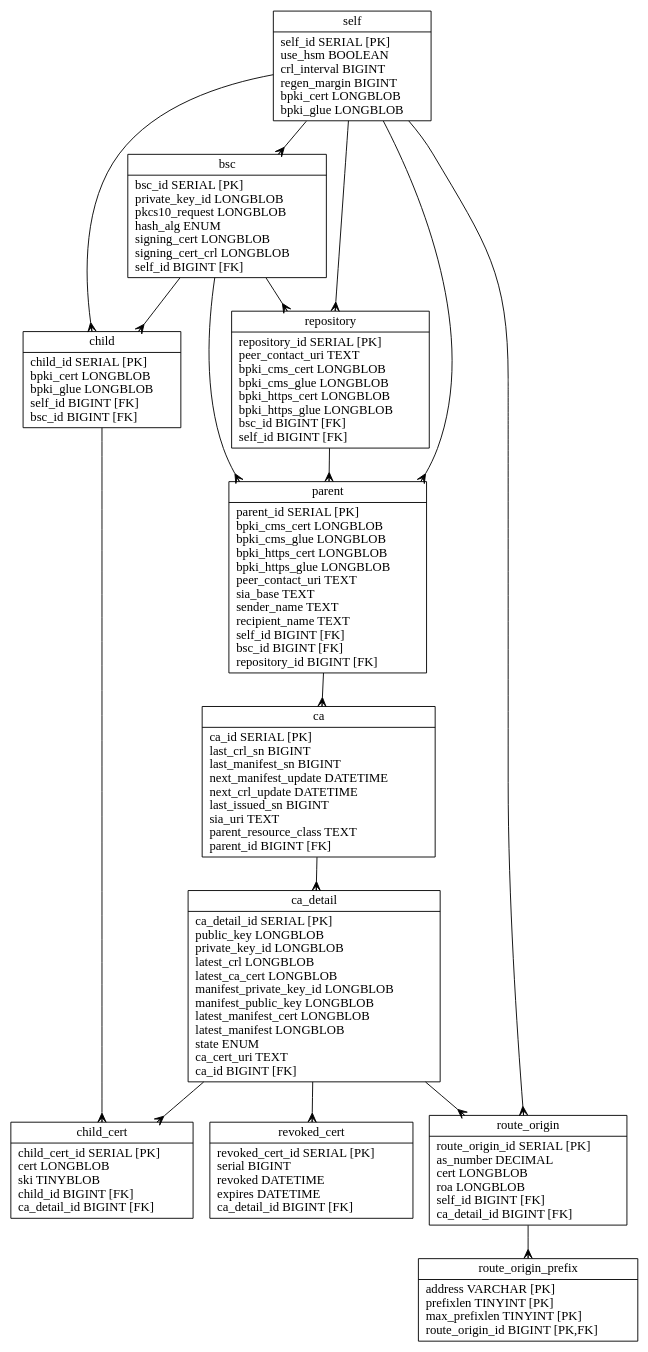
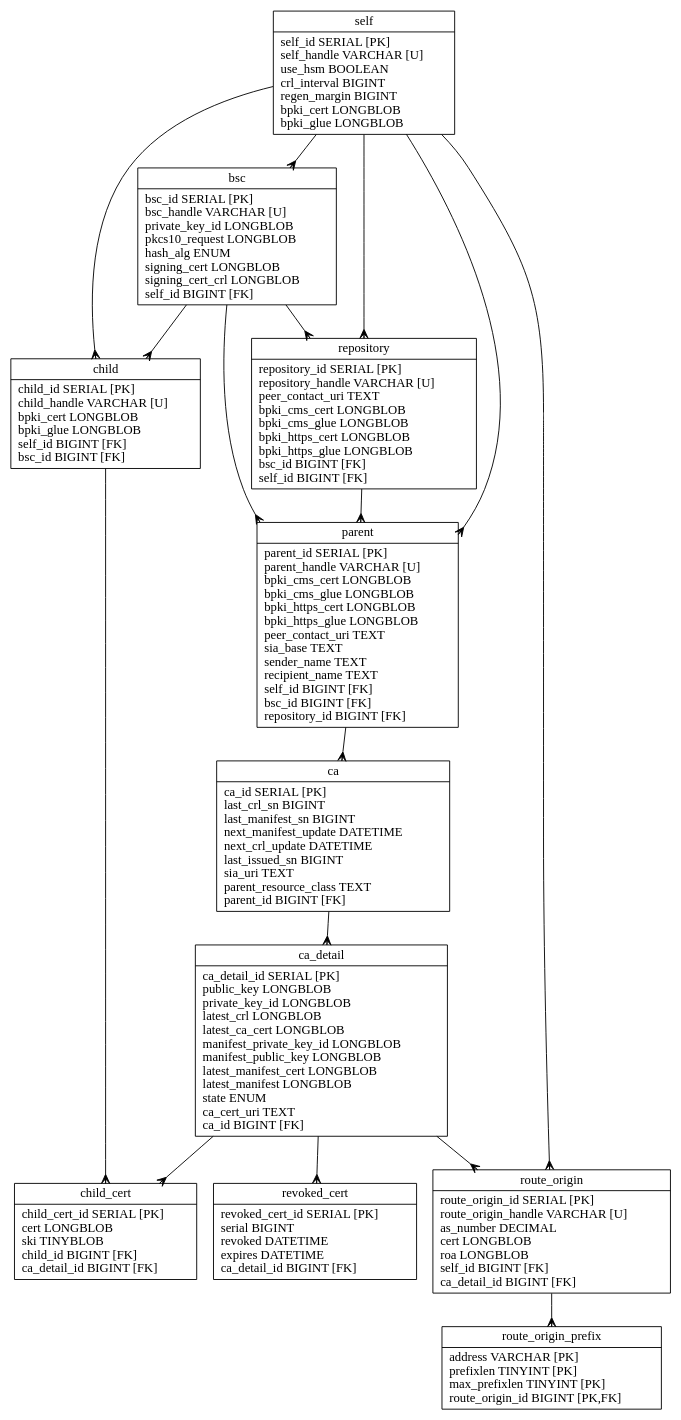
Before and after one commit to dragonresearch/rpki.net: the diagram in rpkid/doc/rpkid.dot, drawn with Graphviz. The commit also changed 21 other files, not shown here.

```diff
--- a/rpkid/doc/rpkid.dot
+++ b/rpkid/doc/rpkid.dot
@@ -1,34 +1,34 @@
 // Automatically generated from rpkid.sql
 
 digraph test {
 	edge [arrowtail=none, arrowhead=crow];
 	graph [ratio=fill, overlap=false, bgcolor=white];
 	node [label="\N", fillcolor=white, shape=record, style=filled];
-	self [label="{self\n|self_id\ SERIAL\ [PK]\luse_hsm\ BOOLEAN\lcrl_interval\ BIGINT\lregen_margin\ BIGINT\lbpki_cert\ LONGBLOB\lbpki_glue\ LONGBLOB\l}"];
-	bsc [label="{bsc\n|bsc_id\ SERIAL\ [PK]\lprivate_key_id\ LONGBLOB\lpkcs10_request\ LONGBLOB\lhash_alg\ ENUM\lsigning_cert\ LONGBLOB\lsigning_cert_crl\ LONGBLOB\lself_id\ BIGINT\ [FK]\l}"];
-	repository [label="{repository\n|repository_id\ SERIAL\ [PK]\lpeer_contact_uri\ TEXT\lbpki_cms_cert\ LONGBLOB\lbpki_cms_glue\ LONGBLOB\lbpki_https_cert\ LONGBLOB\lbpki_https_glue\ LONGBLOB\lbsc_id\ BIGINT\ [FK]\lself_id\ BIGINT\ [FK]\l}"];
-	parent [label="{parent\n|parent_id\ SERIAL\ [PK]\lbpki_cms_cert\ LONGBLOB\lbpki_cms_glue\ LONGBLOB\lbpki_https_cert\ LONGBLOB\lbpki_https_glue\ LONGBLOB\lpeer_contact_uri\ TEXT\lsia_base\ TEXT\lsender_name\ TEXT\lrecipient_name\ TEXT\lself_id\ BIGINT\ [FK]\lbsc_id\ BIGINT\ [FK]\lrepository_id\ BIGINT\ [FK]\l}"];
+	self [label="{self\n|self_id\ SERIAL\ [PK]\lself_handle\ VARCHAR\ [U]\luse_hsm\ BOOLEAN\lcrl_interval\ BIGINT\lregen_margin\ BIGINT\lbpki_cert\ LONGBLOB\lbpki_glue\ LONGBLOB\l}"];
+	bsc [label="{bsc\n|bsc_id\ SERIAL\ [PK]\lbsc_handle\ VARCHAR\ [U]\lprivate_key_id\ LONGBLOB\lpkcs10_request\ LONGBLOB\lhash_alg\ ENUM\lsigning_cert\ LONGBLOB\lsigning_cert_crl\ LONGBLOB\lself_id\ BIGINT\ [FK]\l}"];
+	repository [label="{repository\n|repository_id\ SERIAL\ [PK]\lrepository_handle\ VARCHAR\ [U]\lpeer_contact_uri\ TEXT\lbpki_cms_cert\ LONGBLOB\lbpki_cms_glue\ LONGBLOB\lbpki_https_cert\ LONGBLOB\lbpki_https_glue\ LONGBLOB\lbsc_id\ BIGINT\ [FK]\lself_id\ BIGINT\ [FK]\l}"];
+	parent [label="{parent\n|parent_id\ SERIAL\ [PK]\lparent_handle\ VARCHAR\ [U]\lbpki_cms_cert\ LONGBLOB\lbpki_cms_glue\ LONGBLOB\lbpki_https_cert\ LONGBLOB\lbpki_https_glue\ LONGBLOB\lpeer_contact_uri\ TEXT\lsia_base\ TEXT\lsender_name\ TEXT\lrecipient_name\ TEXT\lself_id\ BIGINT\ [FK]\lbsc_id\ BIGINT\ [FK]\lrepository_id\ BIGINT\ [FK]\l}"];
 	ca [label="{ca\n|ca_id\ SERIAL\ [PK]\llast_crl_sn\ BIGINT\llast_manifest_sn\ BIGINT\lnext_manifest_update\ DATETIME\lnext_crl_update\ DATETIME\llast_issued_sn\ BIGINT\lsia_uri\ TEXT\lparent_resource_class\ TEXT\lparent_id\ BIGINT\ [FK]\l}"];
 	ca_detail [label="{ca_detail\n|ca_detail_id\ SERIAL\ [PK]\lpublic_key\ LONGBLOB\lprivate_key_id\ LONGBLOB\llatest_crl\ LONGBLOB\llatest_ca_cert\ LONGBLOB\lmanifest_private_key_id\ LONGBLOB\lmanifest_public_key\ LONGBLOB\llatest_manifest_cert\ LONGBLOB\llatest_manifest\ LONGBLOB\lstate\ ENUM\lca_cert_uri\ TEXT\lca_id\ BIGINT\ [FK]\l}"];
-	child [label="{child\n|child_id\ SERIAL\ [PK]\lbpki_cert\ LONGBLOB\lbpki_glue\ LONGBLOB\lself_id\ BIGINT\ [FK]\lbsc_id\ BIGINT\ [FK]\l}"];
+	child [label="{child\n|child_id\ SERIAL\ [PK]\lchild_handle\ VARCHAR\ [U]\lbpki_cert\ LONGBLOB\lbpki_glue\ LONGBLOB\lself_id\ BIGINT\ [FK]\lbsc_id\ BIGINT\ [FK]\l}"];
 	child_cert [label="{child_cert\n|child_cert_id\ SERIAL\ [PK]\lcert\ LONGBLOB\lski\ TINYBLOB\lchild_id\ BIGINT\ [FK]\lca_detail_id\ BIGINT\ [FK]\l}"];
 	revoked_cert [label="{revoked_cert\n|revoked_cert_id\ SERIAL\ [PK]\lserial\ BIGINT\lrevoked\ DATETIME\lexpires\ DATETIME\lca_detail_id\ BIGINT\ [FK]\l}"];
-	route_origin [label="{route_origin\n|route_origin_id\ SERIAL\ [PK]\las_number\ DECIMAL\lcert\ LONGBLOB\lroa\ LONGBLOB\lself_id\ BIGINT\ [FK]\lca_detail_id\ BIGINT\ [FK]\l}"];
+	route_origin [label="{route_origin\n|route_origin_id\ SERIAL\ [PK]\lroute_origin_handle\ VARCHAR\ [U]\las_number\ DECIMAL\lcert\ LONGBLOB\lroa\ LONGBLOB\lself_id\ BIGINT\ [FK]\lca_detail_id\ BIGINT\ [FK]\l}"];
 	route_origin_prefix [label="{route_origin_prefix\n|address\ VARCHAR\ [PK]\lprefixlen\ TINYINT\ [PK]\lmax_prefixlen\ TINYINT\ [PK]\lroute_origin_id\ BIGINT\ [PK,FK]\l}"];
 	bsc -> child;
 	bsc -> parent;
 	bsc -> repository;
 	ca -> ca_detail;
 	ca_detail -> child_cert;
 	ca_detail -> revoked_cert;
 	ca_detail -> route_origin;
 	child -> child_cert;
 	parent -> ca;
 	repository -> parent;
 	route_origin -> route_origin_prefix;
 	self -> bsc;
 	self -> child;
 	self -> parent;
 	self -> repository;
 	self -> route_origin;
 }
```
